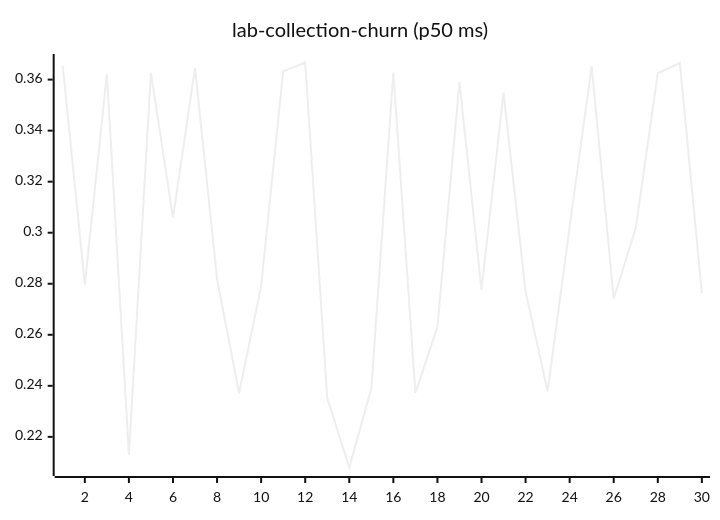
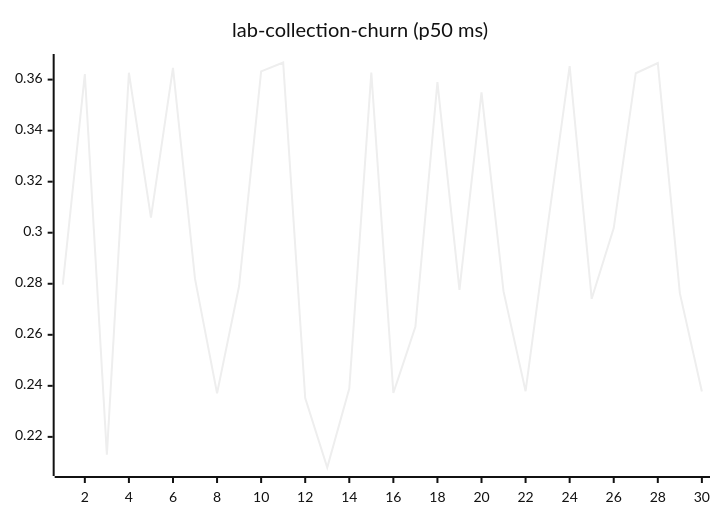
Diagram 11 of 27 in README.md (josha/Facet), drawn with Mermaid (neutral theme) before and after one commit. The commit also changed other lines of this file and 2 other files, not shown here.

````diff
--- a/README.md
+++ b/README.md
@@ -133,6 +133,6 @@
 ```mermaid
 xychart-beta
     title "lab-collection-churn (p50 ms)"
     x-axis 1 --> 30
-    line [0.3653, 0.2797, 0.3622, 0.2130, 0.3627, 0.3059, 0.3646, 0.2819, 0.2371, 0.2791, 0.3632, 0.3667, 0.2352, 0.2080, 0.2389, 0.3628, 0.2372, 0.2631, 0.3590, 0.2776, 0.3550, 0.2770, 0.2379, 0.3024, 0.3653, 0.2741, 0.3018, 0.3625, 0.3665, 0.2763]
+    line [0.2797, 0.3622, 0.2130, 0.3627, 0.3059, 0.3646, 0.2819, 0.2371, 0.2791, 0.3632, 0.3667, 0.2352, 0.2080, 0.2389, 0.3628, 0.2372, 0.2631, 0.3590, 0.2776, 0.3550, 0.2770, 0.2379, 0.3024, 0.3653, 0.2741, 0.3018, 0.3625, 0.3665, 0.2763, 0.2378]
 ```
````
